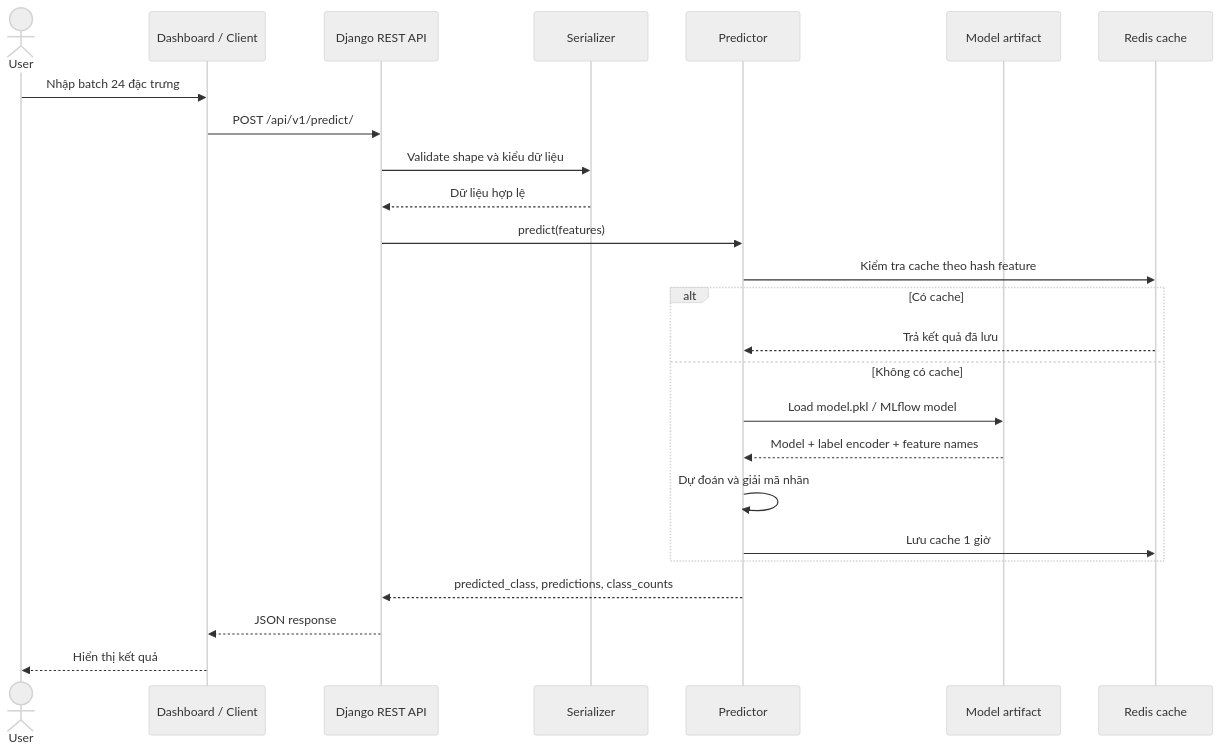
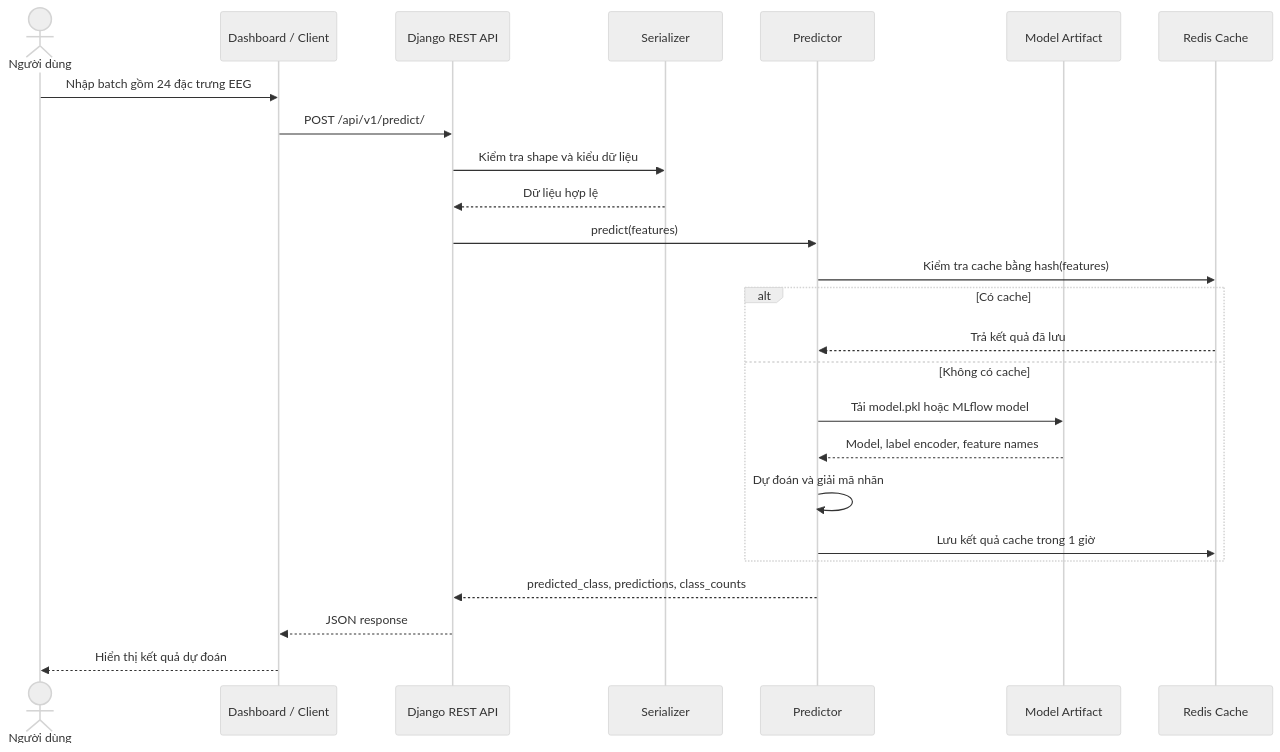
Before and after one commit to wsunicorn/sleep-disorder-mlops: the fifth of 11 diagrams in README.md, drawn with Mermaid (neutral theme). The commit also changed other lines of this file and 19 other files, not shown here.

````diff
--- a/README.md
+++ b/README.md
@@ -231,28 +255,31 @@
 ```mermaid
 sequenceDiagram
-    actor User
+    actor User as Người dùng
     participant UI as Dashboard / Client
     participant API as Django REST API
     participant S as Serializer
     participant P as Predictor
-    participant M as Model artifact
-    participant C as Redis cache
+    participant M as Model Artifact
+    participant C as Redis Cache
 
-    User->>UI: Nhập batch 24 đặc trưng
+    User->>UI: Nhập batch gồm 24 đặc trưng EEG
     UI->>API: POST /api/v1/predict/
-    API->>S: Validate shape và kiểu dữ liệu
+    API->>S: Kiểm tra shape và kiểu dữ liệu
     S-->>API: Dữ liệu hợp lệ
+
     API->>P: predict(features)
-    P->>C: Kiểm tra cache theo hash feature
+    P->>C: Kiểm tra cache bằng hash(features)
+
     alt Có cache
         C-->>P: Trả kết quả đã lưu
     else Không có cache
-        P->>M: Load model.pkl / MLflow model
-        M-->>P: Model + label encoder + feature names
+        P->>M: Tải model.pkl hoặc MLflow model
+        M-->>P: Model, label encoder, feature names
         P->>P: Dự đoán và giải mã nhãn
-        P->>C: Lưu cache 1 giờ
+        P->>C: Lưu kết quả cache trong 1 giờ
     end
+
     P-->>API: predicted_class, predictions, class_counts
     API-->>UI: JSON response
-    UI-->>User: Hiển thị kết quả
+    UI-->>User: Hiển thị kết quả dự đoán
 ```
````
